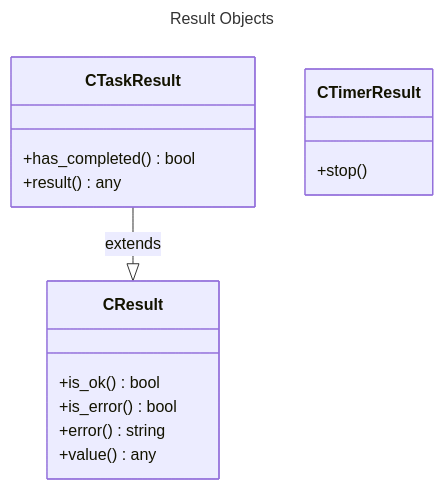
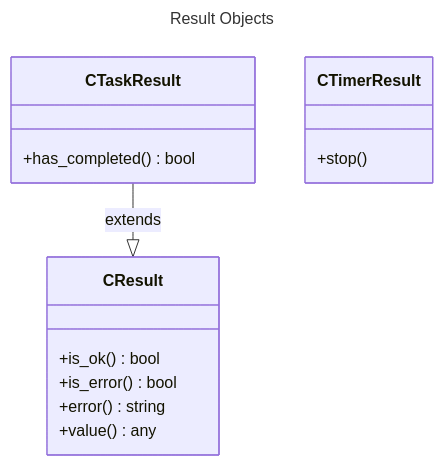
One commit to CodeMelted/codemelted.rs changed the first of 5 diagrams in mdbook/src/2.0_domain-use-cases.md. Above: the diagram before and after it, drawn with Mermaid. The commit also changed other lines of this file and 10 other files, not shown here.

````diff
--- a/mdbook/src/2.0_domain-use-cases.md
+++ b/mdbook/src/2.0_domain-use-cases.md
@@ -26,20 +26,19 @@
 ```mermaid
 ---
 title: Result Objects
 ---
 classDiagram
   class CResult {
     +is_ok() bool
     +is_error() bool
     +error() string
     +value() any
   }
   class CTaskResult {
     +has_completed() bool
-    +result() any
   }
   class CTimerResult {
     +stop()
   }
   CTaskResult --|> CResult: extends
 ```
````
